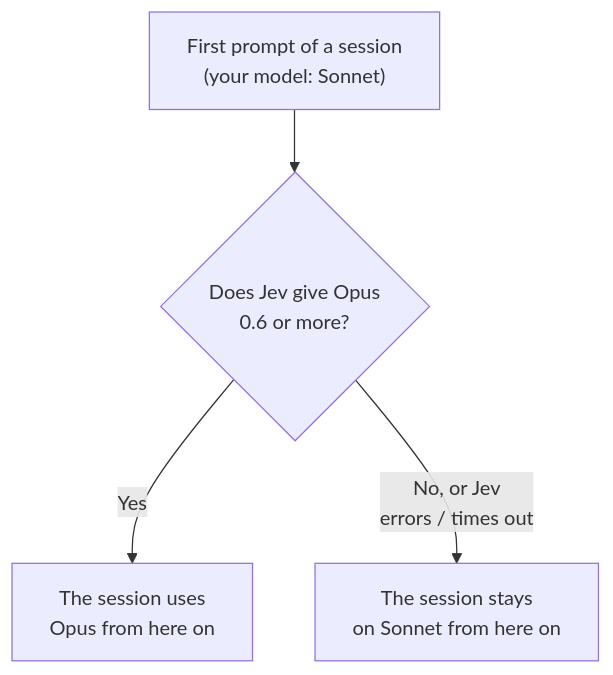
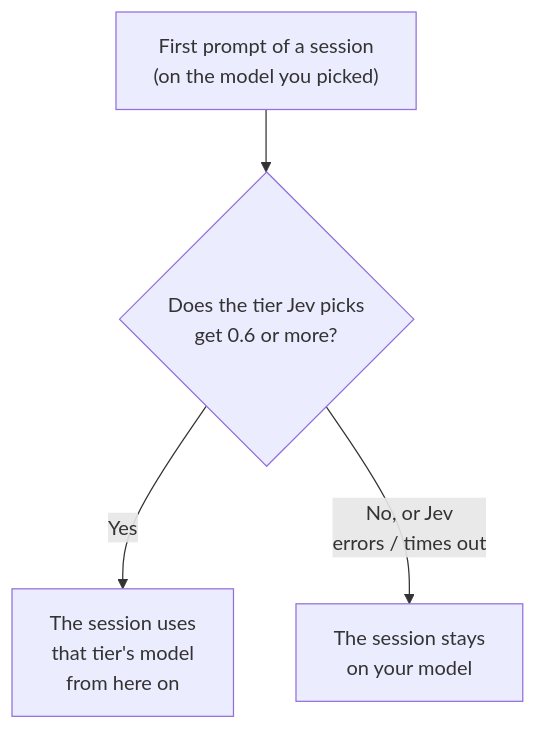
One commit to KevinYu1580/jcGearbox changed the first of 3 diagrams in README.md. Above: the diagram before and after it, drawn with Mermaid. The commit also changed other lines of this file and 2 other files, not shown here.

First line of the commit message:
docs(readme): 新增解決問題說明，流程圖不寫死 model 名稱

````diff
--- a/README.md
+++ b/README.md
@@ -48,6 +52,6 @@
 ```mermaid
 flowchart TD
-    P["First prompt of a session<br/>(your model: Sonnet)"] --> Q{"Does Jev give Opus<br/>0.6 or more?"}
-    Q -->|"Yes"| O["The session uses<br/>Opus from here on"]
-    Q -->|"No, or Jev<br/>errors / times out"| S["The session stays<br/>on Sonnet from here on"]
+    P["First prompt of a session<br/>(on the model you picked)"] --> Q{"Does the tier Jev picks<br/>get 0.6 or more?"}
+    Q -->|"Yes"| O["The session uses<br/>that tier's model<br/>from here on"]
+    Q -->|"No, or Jev<br/>errors / times out"| S["The session stays<br/>on your model"]
 ```
````
